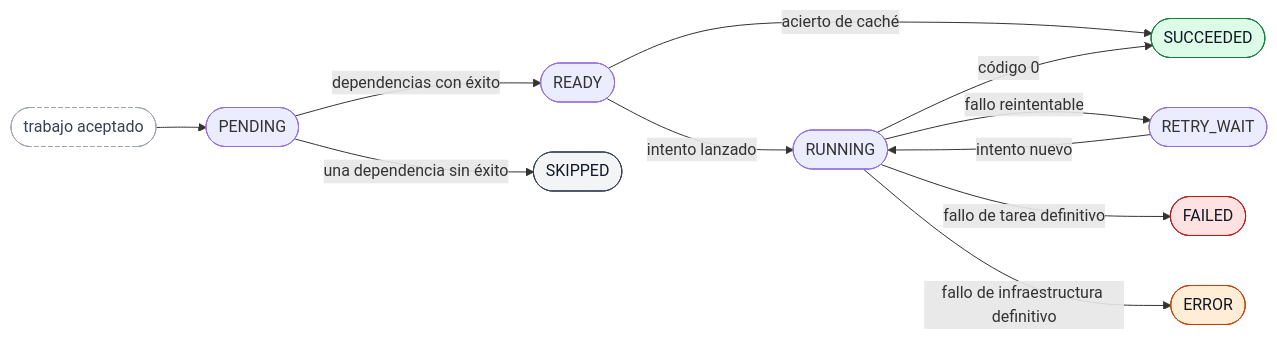
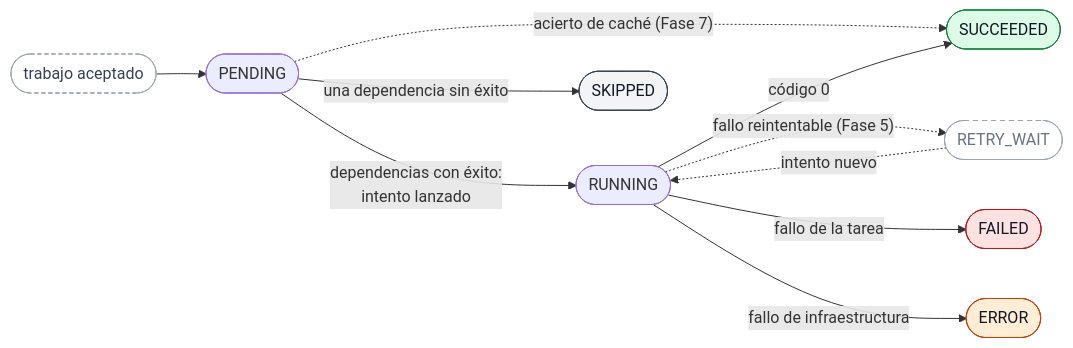
Before and after one commit to sebagonz106/Distributed-Process-Execution-System: the diagram in plan/diagramas/estados-tarea.mmd, drawn with Mermaid. The commit also changed 7 other files, not shown here.

First line of the commit message:
docs: record phase 2 decisions and refresh diagrams

```diff
--- a/plan/diagramas/estados-tarea.mmd
+++ b/plan/diagramas/estados-tarea.mmd
@@ -1,32 +1,32 @@
 flowchart LR
   inicio(["trabajo aceptado"])
   PENDING(["PENDING"])
-  READY(["READY"])
   RUNNING(["RUNNING"])
   RETRY_WAIT(["RETRY_WAIT"])
   SUCCEEDED(["SUCCEEDED"])
   FAILED(["FAILED"])
   ERROR(["ERROR"])
   SKIPPED(["SKIPPED"])
 
   inicio --> PENDING
-  PENDING -- "dependencias con éxito" --> READY
+  PENDING -- "dependencias con éxito:<br/>intento lanzado" --> RUNNING
   PENDING -- "una dependencia sin éxito" --> SKIPPED
-  READY -- "acierto de caché" --> SUCCEEDED
-  READY -- "intento lanzado" --> RUNNING
+  PENDING -. "acierto de caché (Fase 7)" .-> SUCCEEDED
   RUNNING -- "código 0" --> SUCCEEDED
-  RUNNING -- "fallo reintentable" --> RETRY_WAIT
-  RETRY_WAIT -- "intento nuevo" --> RUNNING
-  RUNNING -- "fallo de tarea definitivo" --> FAILED
-  RUNNING -- "fallo de infraestructura definitivo" --> ERROR
+  RUNNING -. "fallo reintentable (Fase 5)" .-> RETRY_WAIT
+  RETRY_WAIT -. "intento nuevo" .-> RUNNING
+  RUNNING -- "fallo de la tarea" --> FAILED
+  RUNNING -- "fallo de infraestructura" --> ERROR
 
   classDef ok fill:#dcfce7,stroke:#15803d,color:#111827
   classDef mal fill:#fee2e2,stroke:#b91c1c,color:#111827
   classDef infra fill:#ffedd5,stroke:#c2410c,color:#111827
   classDef omitida fill:#f3f4f6,stroke:#374151,color:#111827
+  classDef previsto fill:#ffffff,stroke:#9ca3af,color:#6b7280,stroke-dasharray:5 4
   classDef entrada fill:#ffffff,stroke:#9ca3af,color:#374151,stroke-dasharray:4 3
   class SUCCEEDED ok
   class FAILED mal
   class ERROR infra
   class SKIPPED omitida
+  class RETRY_WAIT previsto
   class inicio entrada
```
